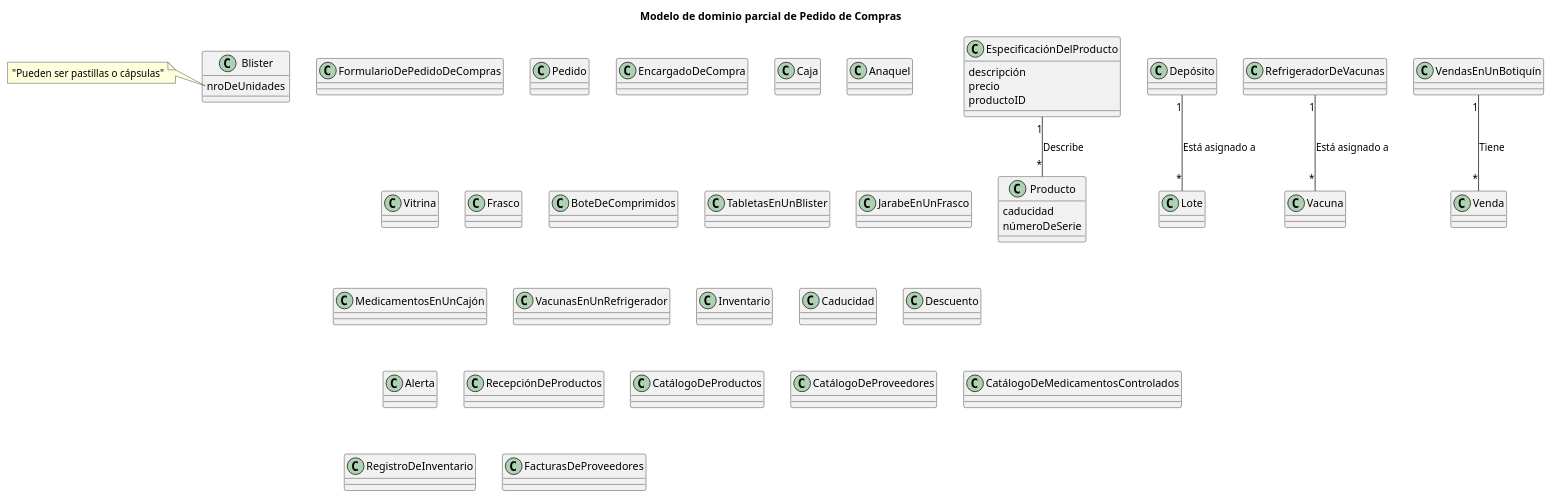
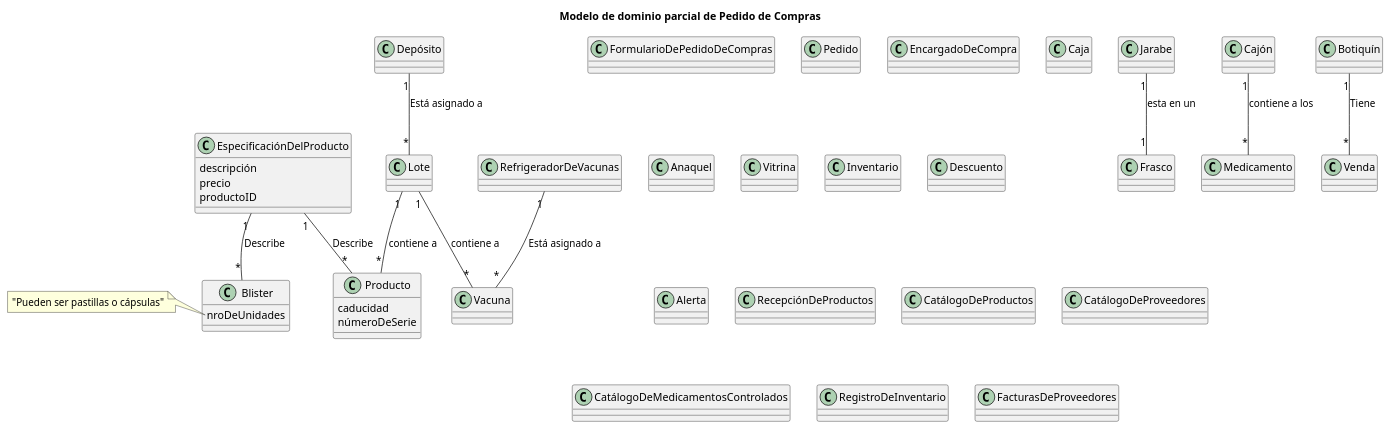
The diagram in clase/pedido_compras.puml (gallopeladoprofe/usando-plantuml), drawn with PlantUML before and after one commit.

Commit message:
feat: propuesta1

```diff
--- a/clase/pedido_compras.puml
+++ b/clase/pedido_compras.puml
@@ -1,57 +1,64 @@
 @startuml Pedido de Compras
 title Modelo de dominio parcial de Pedido de Compras
 
 class       Producto {
                 caducidad
                 númeroDeSerie
             }
 class       EspecificaciónDelProducto {
                 descripción
                 precio
                 productoID
             }
 class       Producto
 class       EspecificaciónDelProducto
 class       FormularioDePedidoDeCompras
 class       Depósito
 class       Pedido
 class       EncargadoDeCompra
 class       Lote
 class       Caja
 class       Anaquel
 class       Vitrina
 Class       Vacuna
 class       RefrigeradorDeVacunas
 class       Blister {
                 nroDeUnidades
             }
 class       Frasco
-class       BoteDeComprimidos
-class       TabletasEnUnBlister
-class       JarabeEnUnFrasco
-class       MedicamentosEnUnCajón
-class       VacunasEnUnRefrigerador
+
+class       Jarabe
+class       Cajón
+class       Medicamento
+
 class       Venda
-class       VendasEnUnBotiquín
+class       Botiquín
 class       Inventario
-class       Caducidad
+
 class       Descuento
 class       Alerta
 class       RecepciónDeProductos
 class       CatálogoDeProductos
 class       CatálogoDeProveedores
 class       CatálogoDeMedicamentosControlados
 class       RegistroDeInventario
 class       FacturasDeProveedores
 
 note left of Blister::nroDeUnidades
     "Pueden ser pastillas o cápsulas"
 end note
 
 EspecificaciónDelProducto "1" -- "*" Producto: "Describe"
+EspecificaciónDelProducto "1" -- "*" Blister: "Describe"
 Depósito "1" -- "*" Lote: "Está asignado a"
-VendasEnUnBotiquín "1" -- "*" Venda: "Tiene"
+Botiquín "1" -- "*" Venda: "Tiene"
 RefrigeradorDeVacunas "1" -- "*" Vacuna: "Está asignado a"
+
+Lote "1" -- "*" Producto: "contiene a"
+Lote "1" -- "*" Vacuna: "contiene a"
+
+Jarabe "1" -- "1" Frasco: "esta en un"
+Cajón "1" -- "*" Medicamento: "contiene a los"
 
 
 @enduml
```
